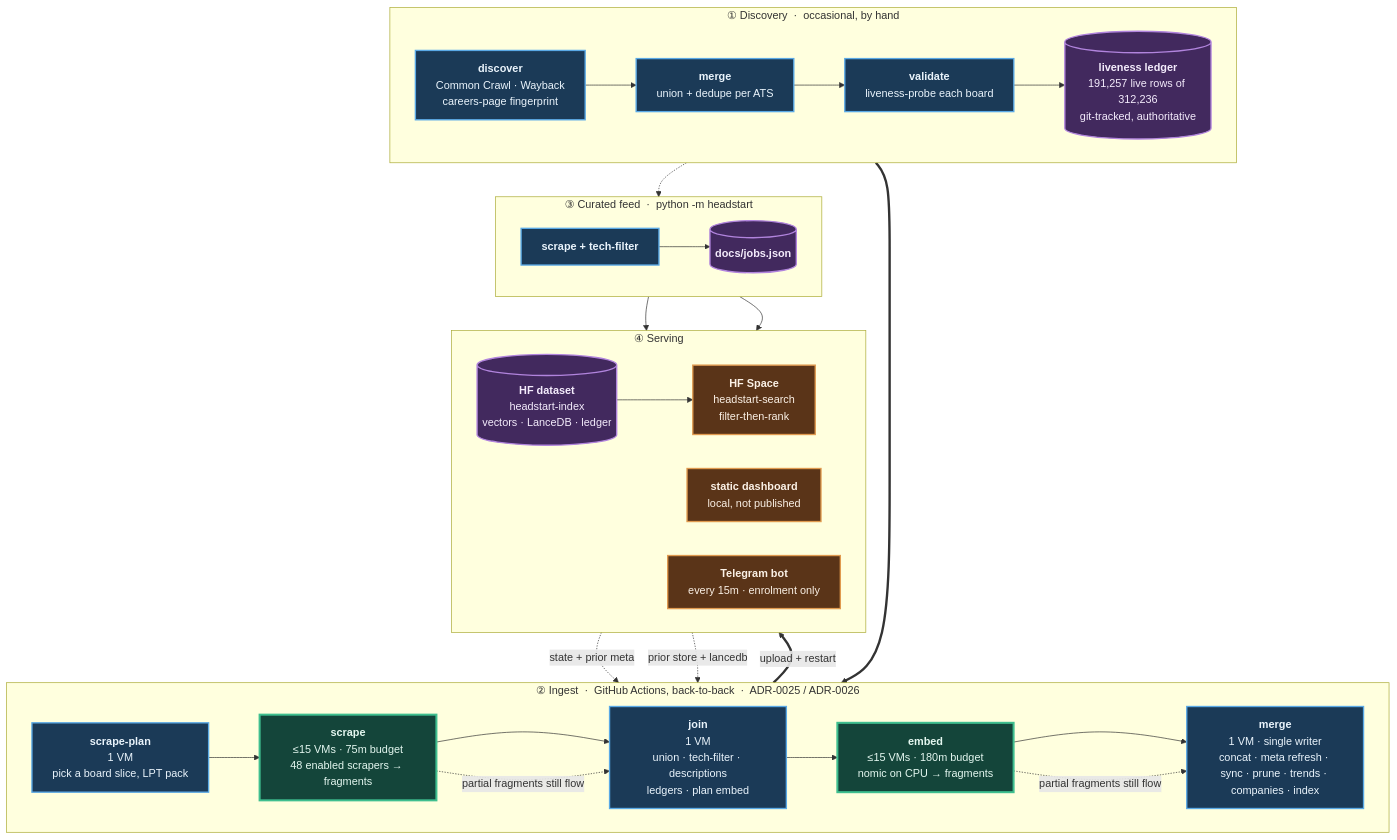
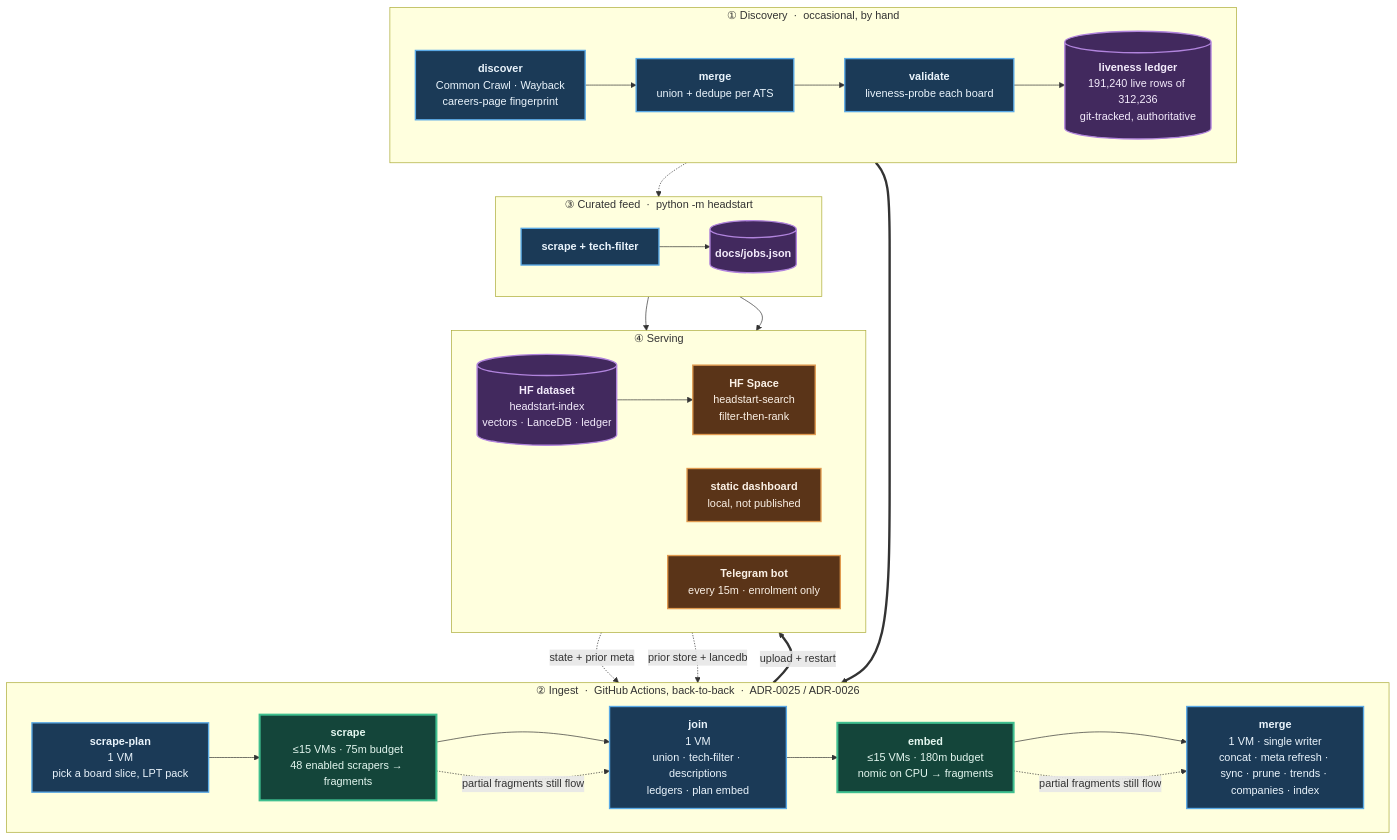
The diagram in README.md (sarthakjain004/headstart), drawn with Mermaid before and after one commit. The commit also changed other lines of this file and 15 other files, not shown here.

````diff
--- a/README.md
+++ b/README.md
@@ -183,56 +183,56 @@
 ```mermaid
 flowchart TB
     subgraph D["① Discovery &nbsp;·&nbsp; occasional, by hand"]
         direction LR
         D1["<b>discover</b><br/>Common Crawl · Wayback<br/>careers-page fingerprint"]
         D2["<b>merge</b><br/>union + dedupe per ATS"]
         D3["<b>validate</b><br/>liveness-probe each board"]
-        D4[("<b>liveness ledger</b><br/>191,257 live rows of 312,236<br/>git-tracked, authoritative")]
+        D4[("<b>liveness ledger</b><br/>191,240 live rows of 312,236<br/>git-tracked, authoritative")]
         D1 --> D2 --> D3 --> D4
     end
 
     subgraph P["② Ingest &nbsp;·&nbsp; GitHub Actions, back-to-back &nbsp;·&nbsp; ADR-0025 / ADR-0026"]
         direction LR
         P1["<b>scrape-plan</b><br/>1 VM<br/>pick a board slice, LPT pack"]
         P2["<b>scrape</b><br/>≤15 VMs · 75m budget<br/>48 enabled scrapers → fragments"]
         P3["<b>join</b><br/>1 VM<br/>union · tech-filter · descriptions<br/>ledgers · plan embed"]
         P4["<b>embed</b><br/>≤15 VMs · 180m budget<br/>nomic on CPU → fragments"]
         P5["<b>merge</b><br/>1 VM · single writer<br/>concat · meta refresh · sync · prune · trends · companies · index"]
         P1 --> P2 --> P3 --> P4 --> P5
     end
 
     subgraph F["③ Curated feed &nbsp;·&nbsp; python -m headstart"]
         direction LR
         F1["<b>scrape + tech-filter</b>"]
         F2[("<b>docs/jobs.json</b>")]
         F1 --> F2
     end
 
     subgraph S["④ Serving"]
         direction LR
         S1[("<b>HF dataset</b><br/>headstart-index<br/>vectors · LanceDB · ledger")]
         S2["<b>HF Space</b><br/>headstart-search<br/>filter-then-rank"]
         S3["<b>static dashboard</b><br/>local, not published"]
         S4["<b>Telegram bot</b><br/>every 15m · enrolment only"]
         S1 --> S2
     end
 
     D4 ==> P1
     S1 -. "state + prior meta" .-> P1
     S1 -. "prior store + lancedb" .-> P5
     D4 -.-> F1
     P5 ==>|"upload + restart"| S1
     F2 --> S3
     F2 --> S4
     P2 -. "partial fragments still flow" .-> P3
     P4 -. "partial fragments still flow" .-> P5
 
     classDef serial fill:#1b3a57,stroke:#5aa9e6,stroke-width:2px,color:#eaf4fc
     classDef fan fill:#14453a,stroke:#3fbf8f,stroke-width:3px,color:#e4f7f0
     classDef store fill:#42295e,stroke:#b184dd,stroke-width:2px,color:#f4ecfc
     classDef serve fill:#5a3418,stroke:#e09a4f,stroke-width:2px,color:#fbf1e6
     class D1,D2,D3,P1,P3,P5,F1 serial
     class P2,P4 fan
     class D4,F2,S1 store
     class S2,S3,S4 serve
 ```
````
